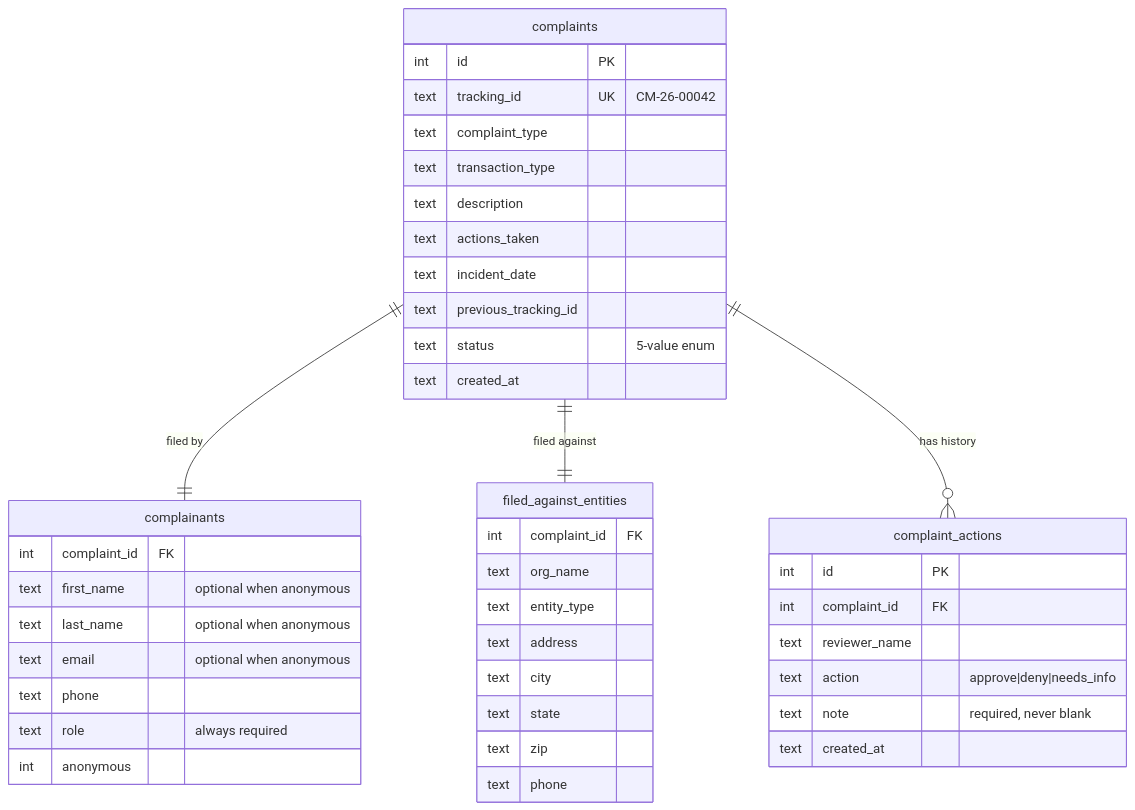
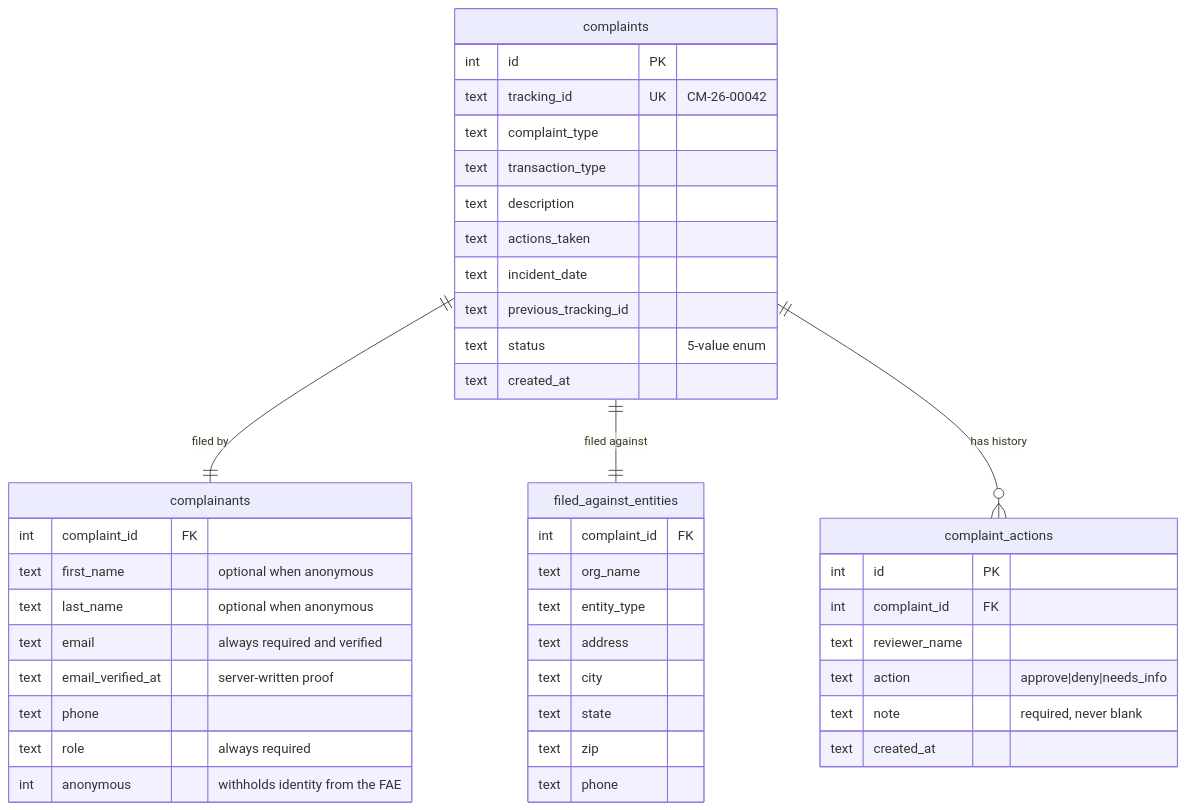
The diagram in README.md (sgupta98mnit/Guest-Complaint-), drawn with Mermaid before and after one commit. The commit also changed other lines of this file and 18 other files, not shown here.

Commit message:
Require a verified email on every filing, and rate-limit public endpoints

````diff
--- a/README.md
+++ b/README.md
@@ -120,46 +127,47 @@
 ```mermaid
 erDiagram
     complaints ||--|| complainants : "filed by"
     complaints ||--|| filed_against_entities : "filed against"
     complaints ||--o{ complaint_actions : "has history"
 
     complaints {
         int id PK
         text tracking_id UK "CM-26-00042"
         text complaint_type
         text transaction_type
         text description
         text actions_taken
         text incident_date
         text previous_tracking_id
         text status "5-value enum"
         text created_at
     }
     complainants {
         int complaint_id FK
         text first_name "optional when anonymous"
         text last_name "optional when anonymous"
-        text email "optional when anonymous"
+        text email "always required and verified"
+        text email_verified_at "server-written proof"
         text phone
         text role "always required"
-        int anonymous
+        int anonymous "withholds identity from the FAE"
     }
     filed_against_entities {
         int complaint_id FK
         text org_name
         text entity_type
         text address
         text city
         text state
         text zip
         text phone
     }
     complaint_actions {
         int id PK
         int complaint_id FK
         text reviewer_name
         text action "approve|deny|needs_info"
         text note "required, never blank"
         text created_at
     }
 ```
````
